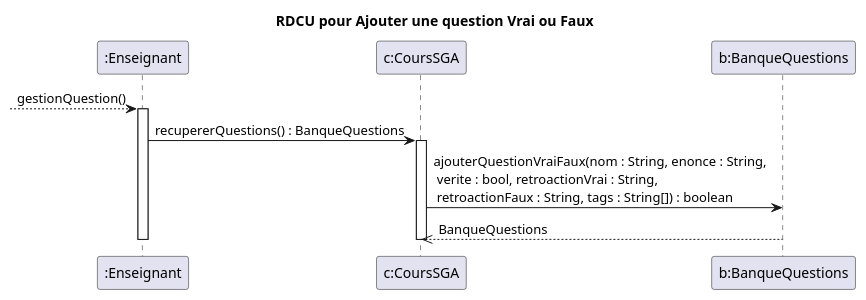
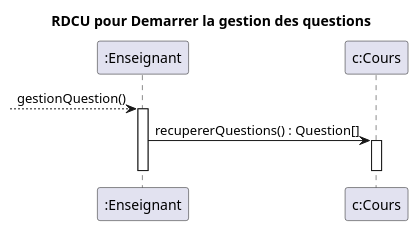
One commit to xMrYahya/moodle-clone changed the diagram in docs/modeles/cu02/rdcu-gestion-question.puml. Above: the diagram before and after it, drawn with PlantUML. The commit also changed 3 other files, not shown here.

Commit message:
Manque nomenclature CO Diagramme de classe TPLant Qui a fait quoi

```diff
--- a/docs/modeles/cu02/rdcu-gestion-question.puml
+++ b/docs/modeles/cu02/rdcu-gestion-question.puml
@@ -1,15 +1,12 @@
 @startuml
-title RDCU pour Ajouter une question Vrai ou Faux
+title RDCU pour Demarrer la gestion des questions
 participant ":Enseignant" as e
-participant "c:CoursSGA" as c
-participant "b:BanqueQuestions" as b
+participant "c:Cours" as c
 
 -->e : gestionQuestion()
 activate e
-    e->c : recupererQuestions() : BanqueQuestions
+    e->c : recupererQuestions() : Question[]
     activate c
-      c->b : ajouterQuestionVraiFaux(nom : String, enonce : String,\n verite : bool, retroactionVrai : String,\n retroactionFaux : String, tags : String[]) : boolean
-        b-->>c :BanqueQuestions
-    deactivate c
+deactivate c
 deactivate e
 @enduml
```
